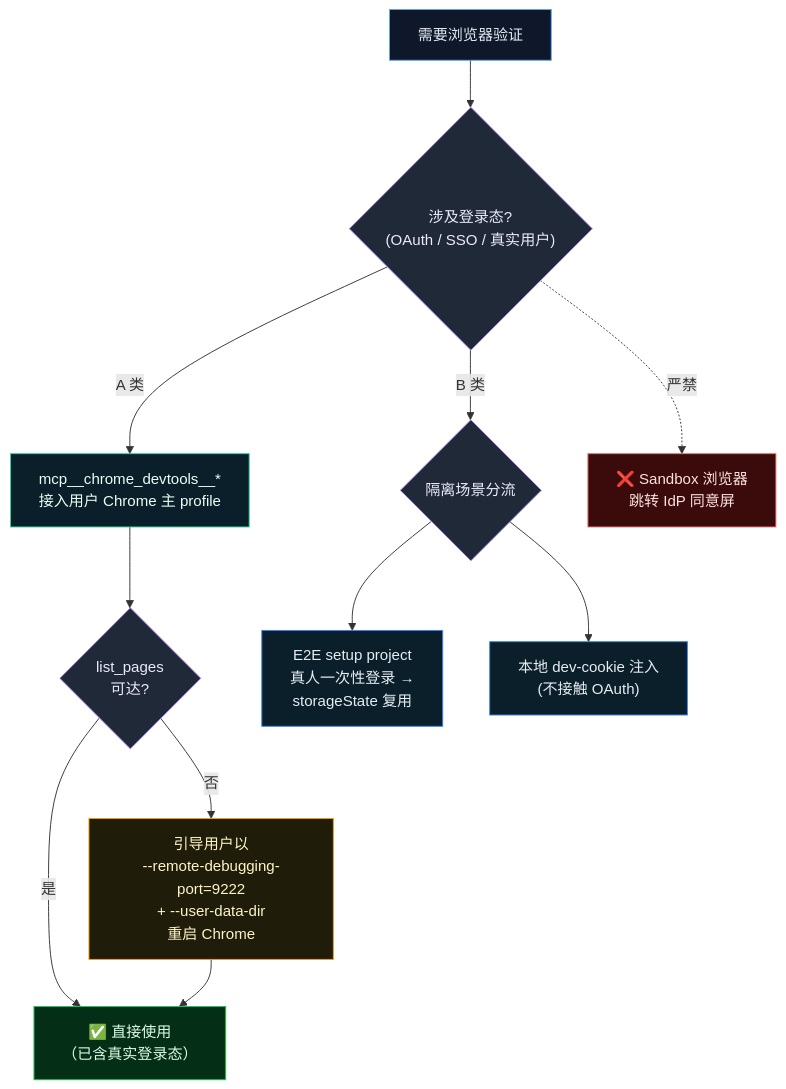
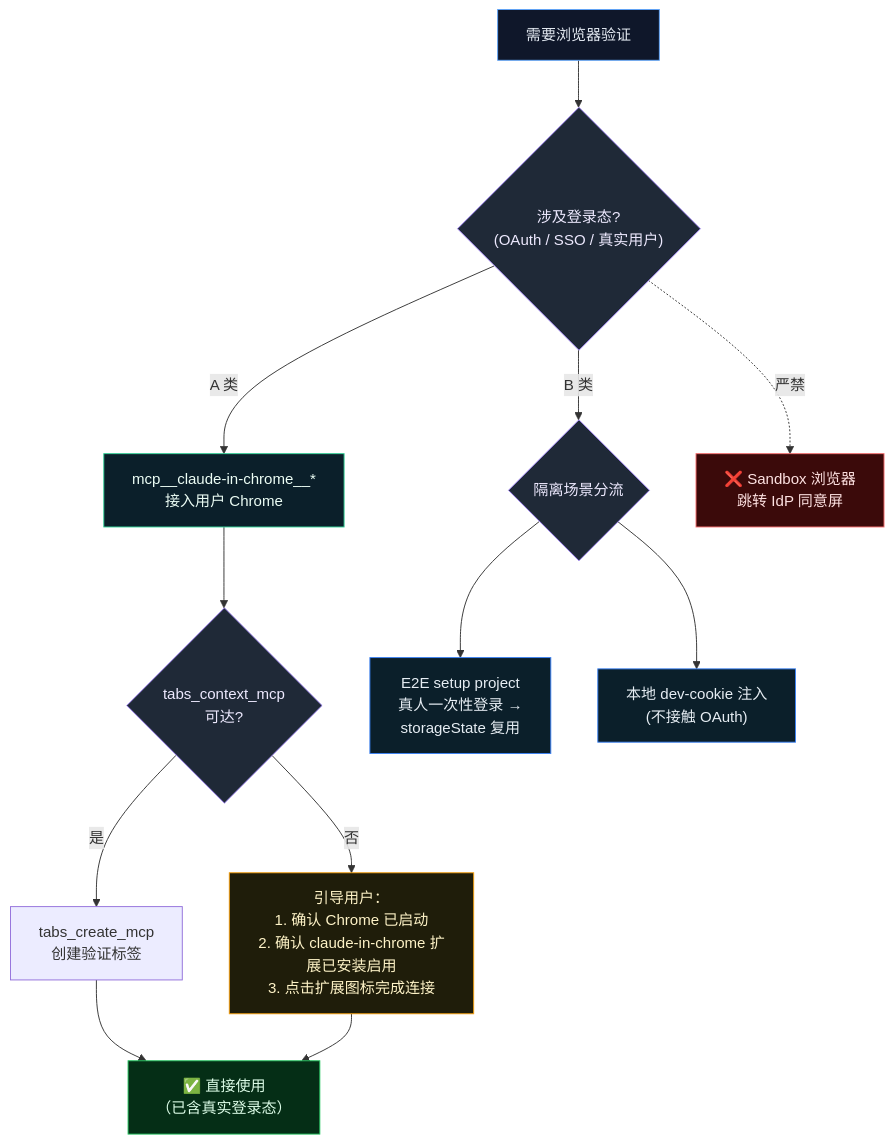
One commit to ThreeFish-AI/negentropy changed the first of 3 diagrams in docs/agents/browser-validation.md. Above: the diagram before and after it, drawn with Mermaid. The commit also changed other lines of this file and 40 other files, not shown here.

````diff
--- a/docs/agents/browser-validation.md
+++ b/docs/agents/browser-validation.md
@@ -88,27 +112,28 @@
 ```mermaid
 flowchart TD
   Start["需要浏览器验证"] --> NeedAuth{"涉及登录态?<br/>(OAuth / SSO / 真实用户)"}
 
-  NeedAuth -->|"A 类"| CDT["mcp__chrome_devtools__*<br/>接入用户 Chrome 主 profile"]
-  CDT --> Reachable{"list_pages<br/>可达?"}
-  Reachable -->|是| OK["✅ 直接使用<br/>（已含真实登录态）"]
-  Reachable -->|否| Recover["引导用户以<br/>--remote-debugging-port=9222<br/>+ --user-data-dir<br/>重启 Chrome"]
+  NeedAuth -->|"A 类"| CiC["mcp__claude-in-chrome__*<br/>接入用户 Chrome"]
+  CiC --> Reachable{"tabs_context_mcp<br/>可达?"}
+  Reachable -->|是| TabCreate["tabs_create_mcp<br/>创建验证标签"]
+  TabCreate --> OK["✅ 直接使用<br/>（已含真实登录态）"]
+  Reachable -->|否| Recover["引导用户：<br/>1. 确认 Chrome 已启动<br/>2. 确认 claude-in-chrome 扩展已安装启用<br/>3. 点击扩展图标完成连接"]
   Recover --> OK
 
   NeedAuth -->|"B 类"| BRoute{"隔离场景分流"}
   BRoute --> E2E["E2E setup project<br/>真人一次性登录 →<br/>storageState 复用"]
   BRoute --> DevCK["本地 dev-cookie 注入<br/>(不接触 OAuth)"]
 
   NeedAuth -.->|"严禁"| Forbid["❌ Sandbox 浏览器<br/>跳转 IdP 同意屏"]
 
   style Start fill:#0f172a,stroke:#60a5fa,color:#e2e8f0
-  style CDT fill:#0b1f2a,stroke:#34d399,color:#ecfdf5
+  style CiC fill:#0b1f2a,stroke:#34d399,color:#ecfdf5
   style OK fill:#052e16,stroke:#22c55e,color:#dcfce7
   style Recover fill:#1f1d0a,stroke:#f59e0b,color:#fef3c7
   style E2E fill:#0b1f2a,stroke:#3b82f6,color:#e6edf3
   style DevCK fill:#0b1f2a,stroke:#3b82f6,color:#e6edf3
   style NeedAuth fill:#1f2937,stroke:#a78bfa,color:#ede9fe
   style Reachable fill:#1f2937,stroke:#a78bfa,color:#ede9fe
   style BRoute fill:#1f2937,stroke:#a78bfa,color:#ede9fe
   style Forbid fill:#3b0a0a,stroke:#f87171,color:#fee2e2
 ```
````
